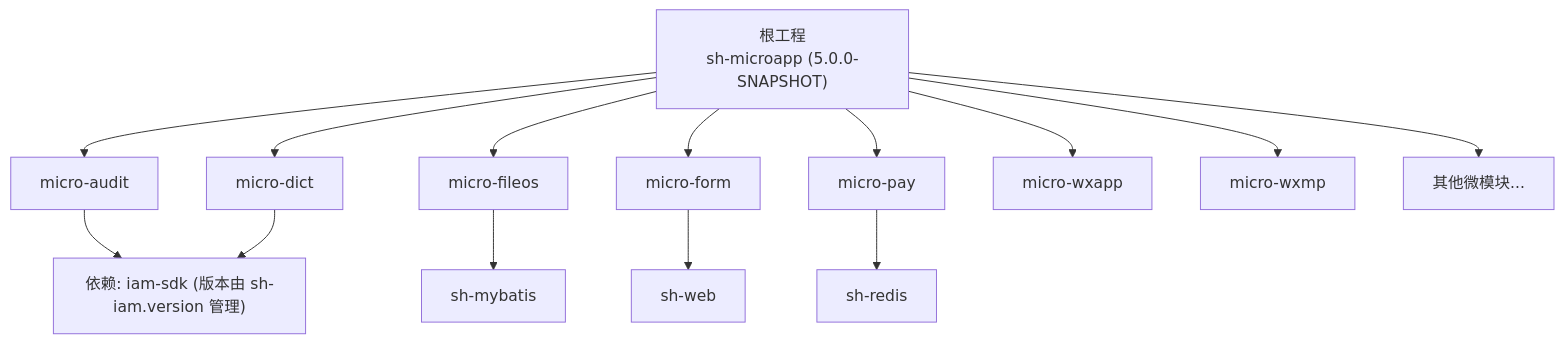
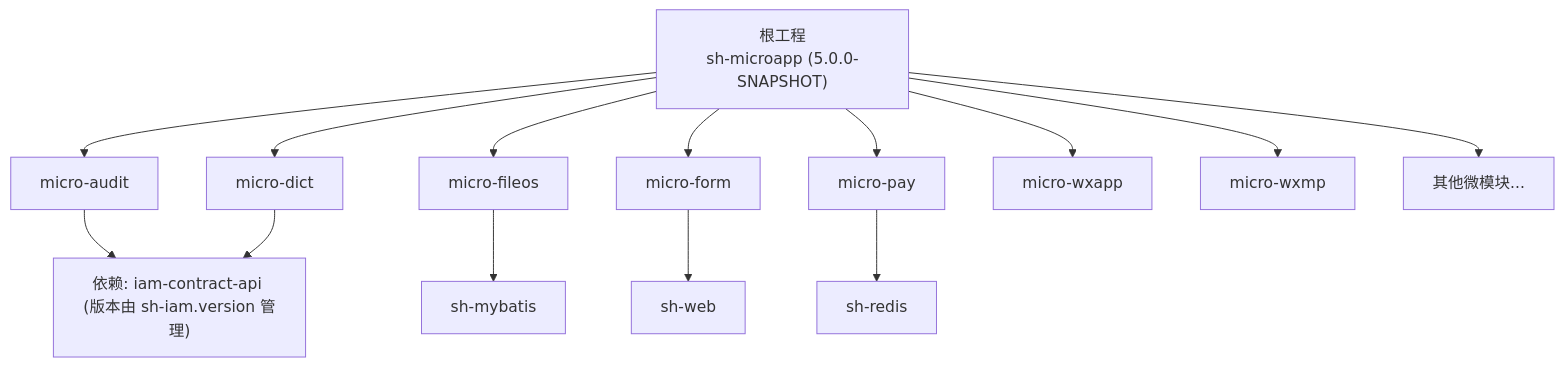
One commit to shrimp-group/sh-microapp changed the first of 3 diagrams in .qoder/repowiki/zh/content/迁移升级.md. Above: the diagram before and after it, drawn with Mermaid. The commit also changed other lines of this file and 99 other files, not shown here.

````diff
--- a/.qoder/repowiki/zh/content/迁移升级.md
+++ b/.qoder/repowiki/zh/content/迁移升级.md
@@ -38,16 +38,16 @@
 ```mermaid
 graph TB
 Root["根工程<br/>sh-microapp (5.0.0-SNAPSHOT)"] --> ModAudit["micro-audit"]
 Root --> ModDict["micro-dict"]
 Root --> ModFileos["micro-fileos"]
 Root --> ModForm["micro-form"]
 Root --> ModPay["micro-pay"]
 Root --> ModWxapp["micro-wxapp"]
 Root --> ModWxmp["micro-wxmp"]
 Root --> ModOther["其他微模块..."]
-ModAudit --> DepIAM["依赖: iam-sdk (版本由 sh-iam.version 管理)"]
+ModAudit --> DepIAM["依赖: iam-contract-api (版本由 sh-iam.version 管理)"]
 ModDict --> DepIAM
 ModFileos --> DepShMyBatis["sh-mybatis"]
 ModForm --> DepShWeb["sh-web"]
 ModPay --> DepShRedis["sh-redis"]
 ```
````
